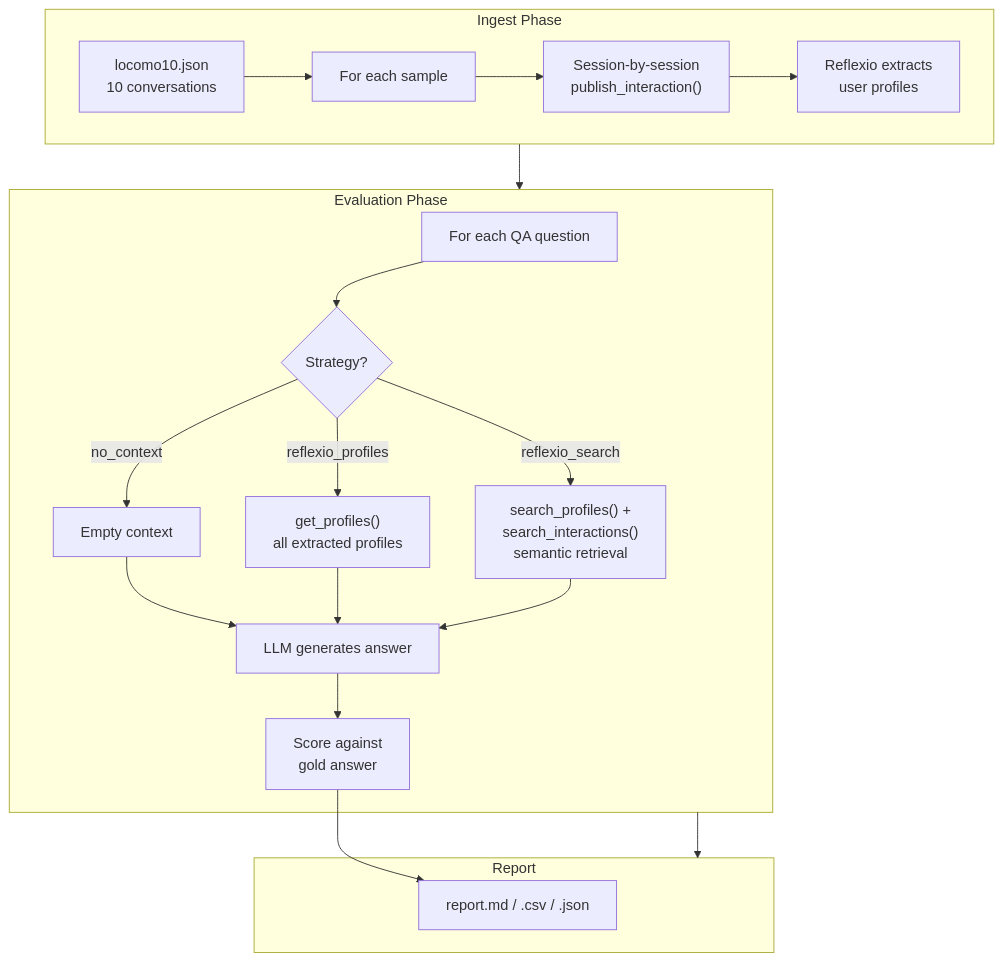
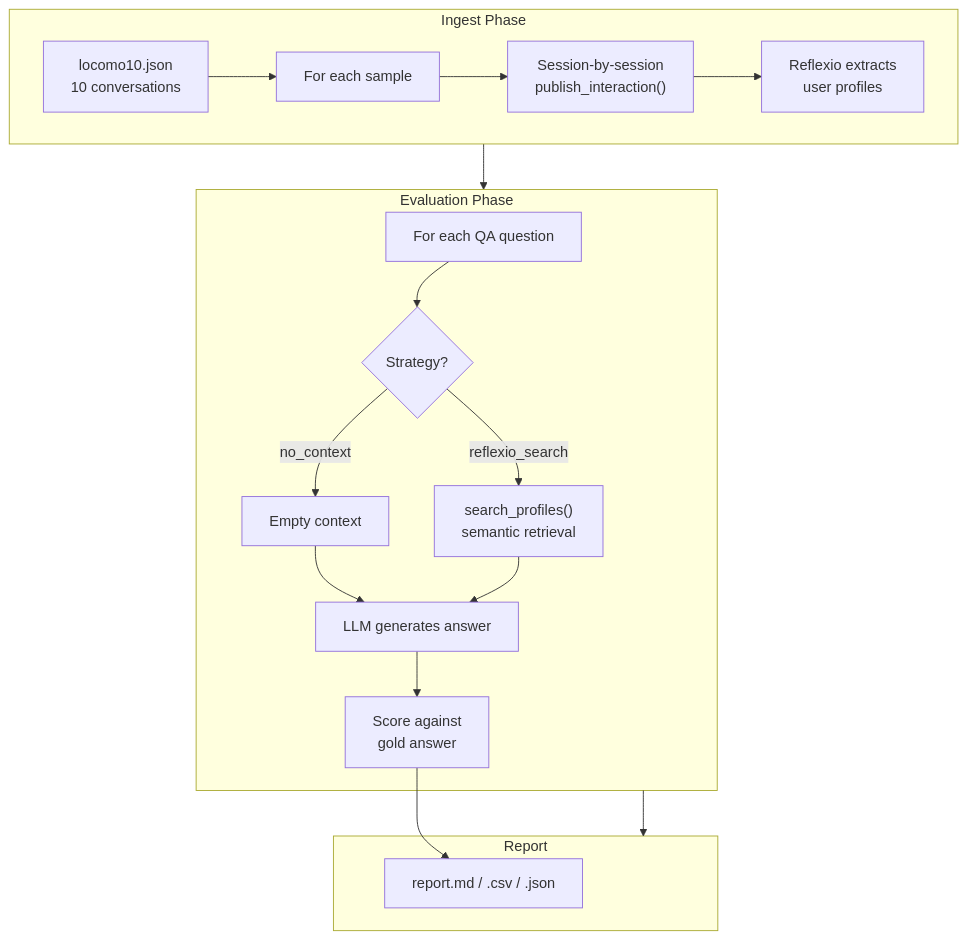
One commit to yyiilluu/reflexio-enterprise changed the diagram in benchmarks/locomo/README.md. Above: the diagram before and after it, drawn with Mermaid. The commit also changed other lines of this file and 2 other files, not shown here.

Commit message:
refactor(benchmark): simplify LoCoMo strategies by removing reflexio_profiles and search_interactions

````diff
--- a/benchmarks/locomo/README.md
+++ b/benchmarks/locomo/README.md
@@ -57,28 +56,26 @@
 ```mermaid
 flowchart TD
     subgraph Ingest["Ingest Phase"]
         A["locomo10.json<br/>10 conversations"] --> B["For each sample"]
         B --> C["Session-by-session<br/>publish_interaction()"]
         C --> D["Reflexio extracts<br/>user profiles"]
     end
 
     subgraph Eval["Evaluation Phase"]
         E["For each QA question"] --> F{Strategy?}
 
         F -->|no_context| G["Empty context"]
-        F -->|reflexio_profiles| I["get_profiles()<br/>all extracted profiles"]
-        F -->|reflexio_search| J["search_profiles() +<br/>search_interactions()<br/>semantic retrieval"]
+        F -->|reflexio_search| J["search_profiles()<br/>semantic retrieval"]
 
         G --> K["LLM generates answer"]
-        I --> K
         J --> K
 
         K --> L["Score against<br/>gold answer"]
     end
 
     subgraph Output["Report"]
         L --> M["report.md / .csv / .json"]
     end
 
     Ingest --> Eval --> Output
 ```
````
